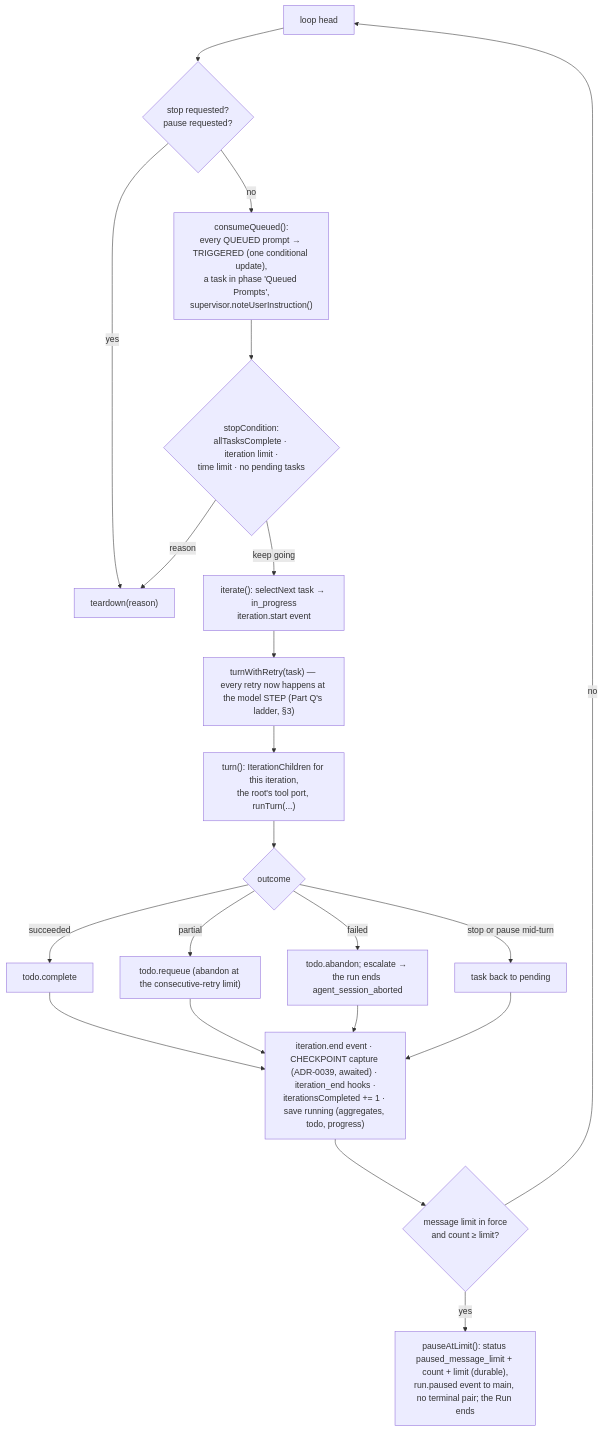
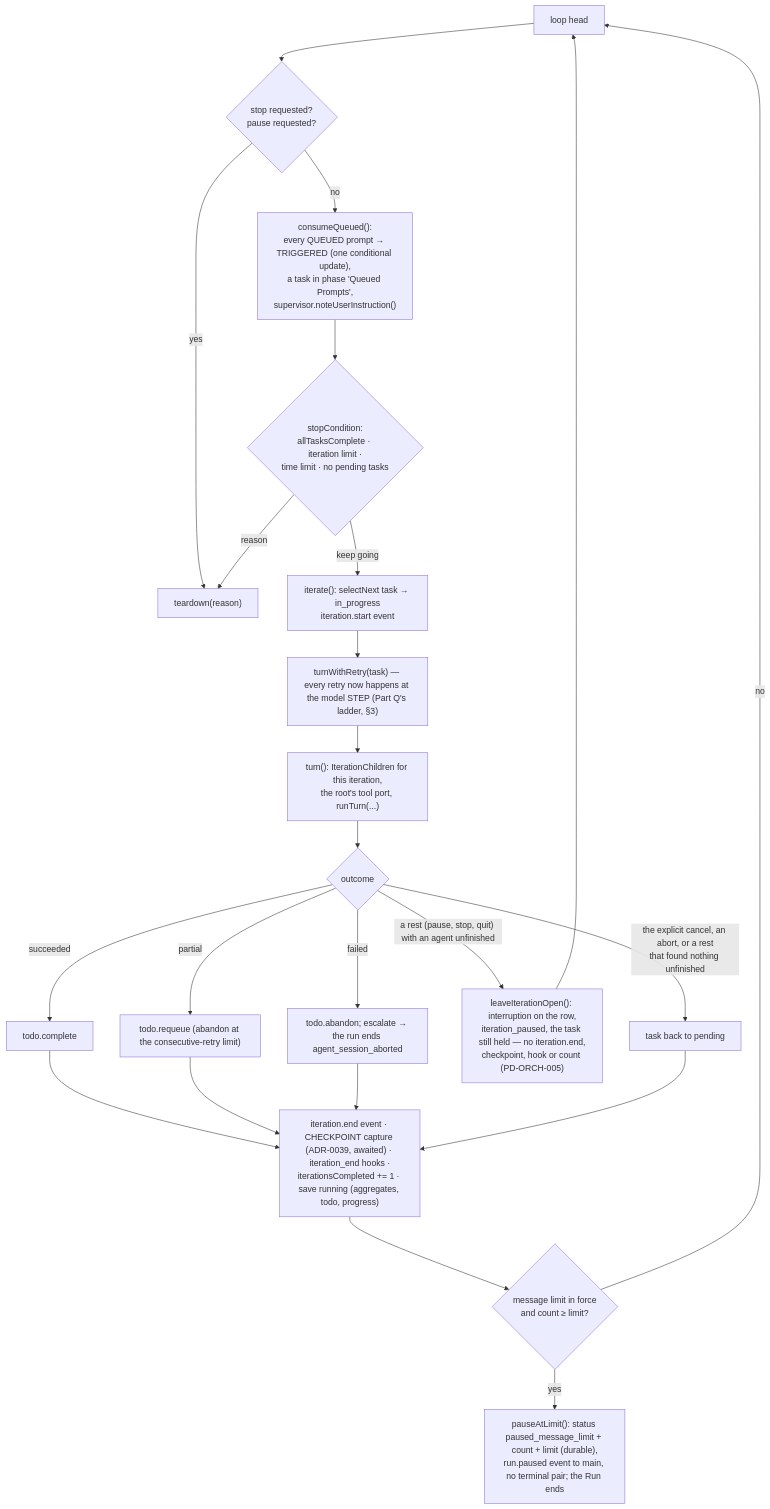
The second of 2 diagrams in docs/architecture/views/03-runtime-view.md (Concrete-Dynamics/Rotaris), drawn with Mermaid before and after one commit. The commit also changed other lines of this file and 49 other files, not shown here.

First line of the commit message:
feat(engine): a pause, a stop, a quit and a crash leave every unfinished agent paused (PD-ORCH-005)

````diff
--- a/docs/architecture/views/03-runtime-view.md
+++ b/docs/architecture/views/03-runtime-view.md
@@ -157,20 +157,22 @@
 ```mermaid
 flowchart TB
   L0["loop head"] --> S1{"stop requested?<br/>pause requested?"}
   S1 -- yes --> T["teardown(reason)"]
   S1 -- no --> Q["consumeQueued():<br/>every QUEUED prompt → TRIGGERED (one conditional update),<br/>a task in phase 'Queued Prompts',<br/>supervisor.noteUserInstruction()"]
   Q --> S2{"stopCondition:<br/>allTasksComplete · iteration limit ·<br/>time limit · no pending tasks"}
   S2 -- reason --> T
   S2 -- keep going --> I["iterate(): selectNext task → in_progress<br/>iteration.start event"]
   I --> TR["turnWithRetry(task) — every retry now happens at the model STEP (Part Q's ladder, §3)"]
   TR --> TURN["turn(): IterationChildren for this iteration,<br/>the root's tool port, runTurn(...)"]
   TURN --> OUT{"outcome"}
   OUT -- succeeded --> C["todo.complete"]
   OUT -- partial --> RQ["todo.requeue (abandon at the consecutive-retry limit)"]
   OUT -- failed --> AB["todo.abandon; escalate → the run ends agent_session_aborted"]
-  OUT -- stop or pause mid-turn --> PEND["task back to pending"]
+  OUT -- "a rest (pause, stop, quit) with an agent unfinished" --> OPEN["leaveIterationOpen(): interruption on the row,<br/>iteration_paused, the task still held — no iteration.end,<br/>checkpoint, hook or count (PD-ORCH-005)"]
+  OPEN --> L0
+  OUT -- "the explicit cancel, an abort, or a rest<br/>that found nothing unfinished" --> PEND["task back to pending"]
   C & RQ & AB & PEND --> E["iteration.end event · CHECKPOINT capture (ADR-0039, awaited) · iteration_end hooks ·<br/>iterationsCompleted += 1 · save running (aggregates, todo, progress)"]
   E --> ML{"message limit in force<br/>and count ≥ limit?"}
   ML -- yes --> PL["pauseAtLimit(): status paused_message_limit + count + limit (durable),<br/>run.paused event to main, no terminal pair; the Run ends"]
   ML -- no --> L0
 ```
````
